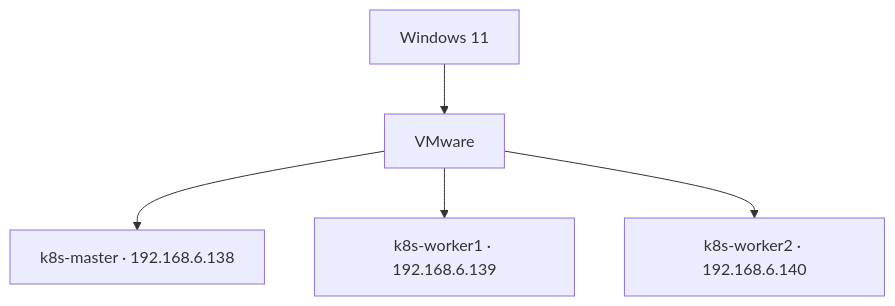
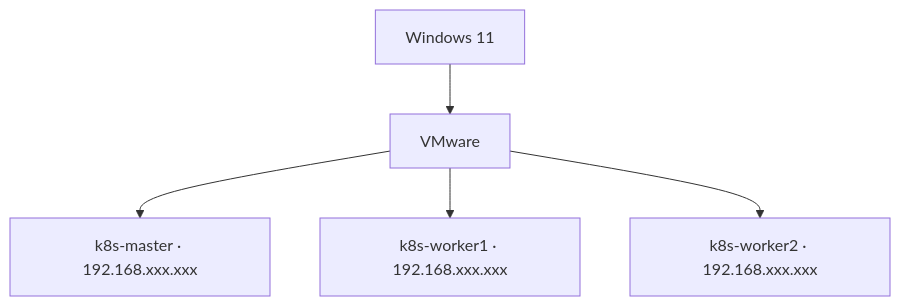
Before and after one commit to Rash499/kubernetes-cluster-lab: the diagram in 01-infrastructure/README.md, drawn with Mermaid. The commit also changed other lines of this file, not shown here.

````diff
--- a/01-infrastructure/README.md
+++ b/01-infrastructure/README.md
@@ -7,7 +7,7 @@
 ```mermaid
 flowchart TB
   H["Windows 11"] --> V["VMware"]
-  V --> M["k8s-master · 192.168.6.138"]
-  V --> W1["k8s-worker1 · 192.168.6.139"]
-  V --> W2["k8s-worker2 · 192.168.6.140"]
+  V --> M["k8s-master · 192.168.xxx.xxx"]
+  V --> W1["k8s-worker1 · 192.168.xxx.xxx"]
+  V --> W2["k8s-worker2 · 192.168.xxx.xxx"]
 ```
````
